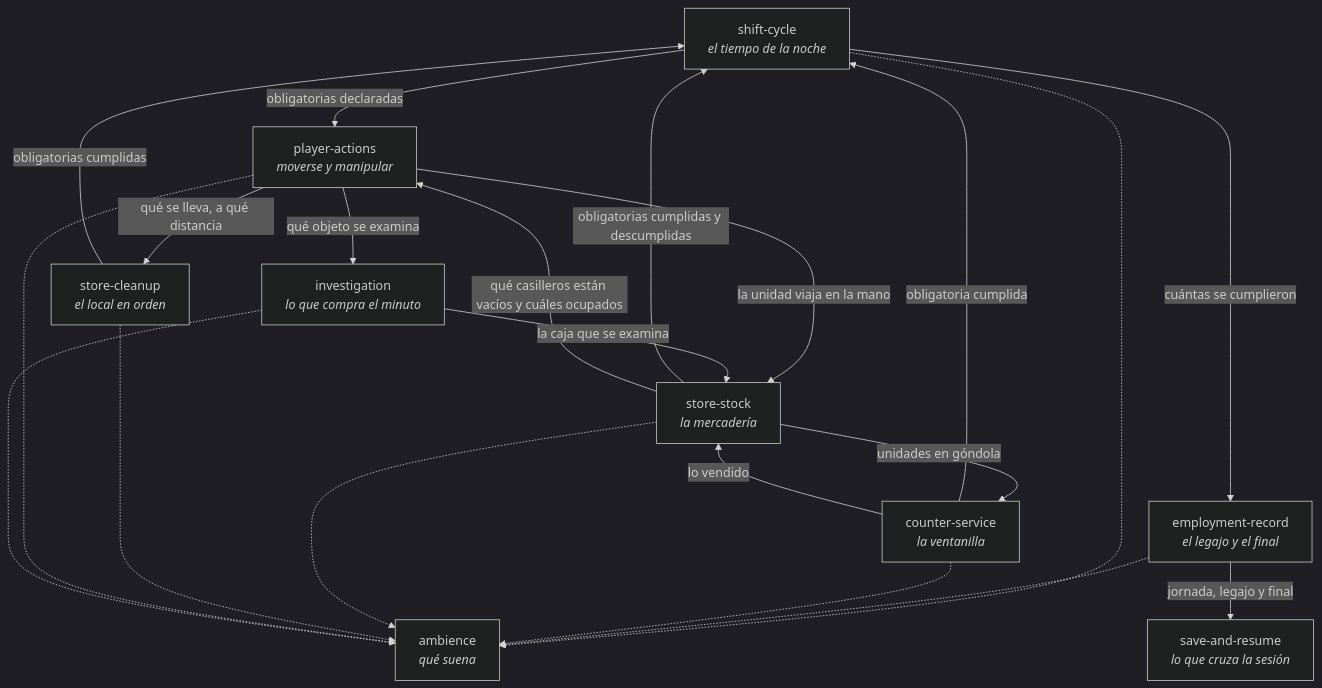
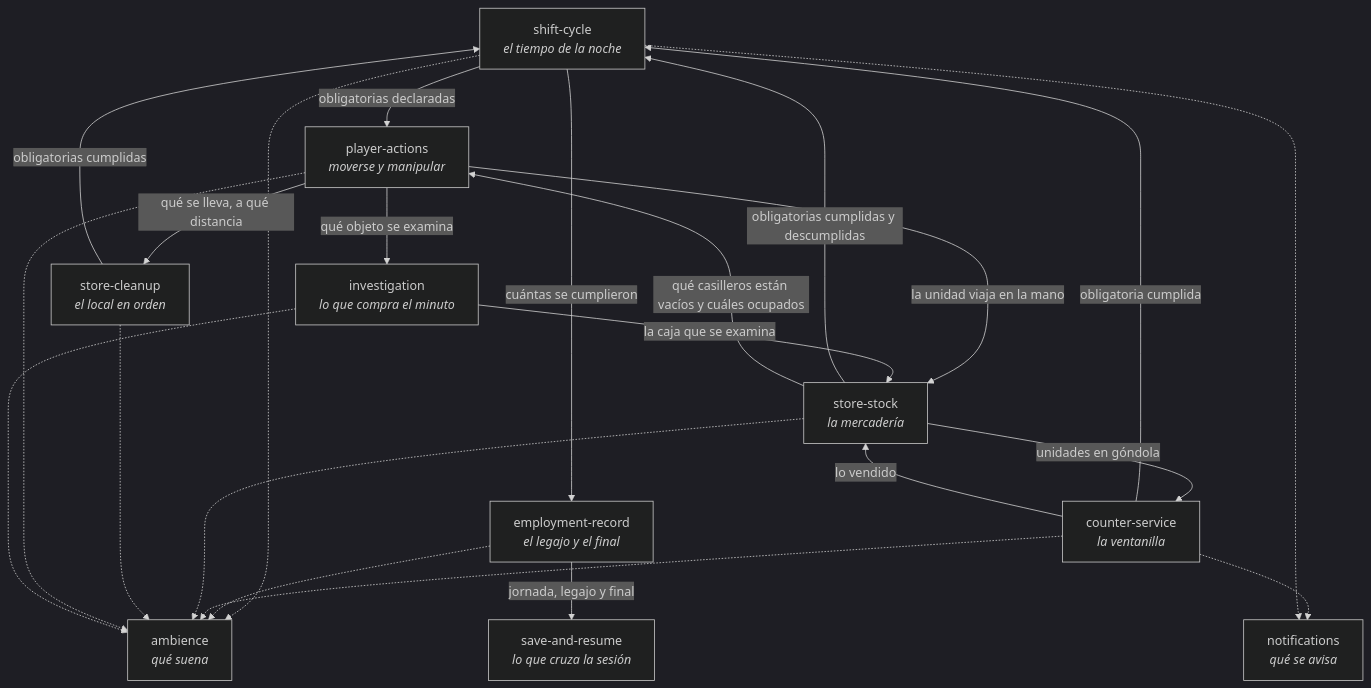
The diagram in docs/architecture/capacidades.md (federicohermo/nosefia), drawn with Mermaid (dark theme) before and after one commit. The commit also changed other lines of this file and 19 other files, not shown here.

````diff
--- a/docs/architecture/capacidades.md
+++ b/docs/architecture/capacidades.md
@@ -22,33 +22,36 @@
 ```mermaid
 flowchart TD
   SHF["shift-cycle<br/><i>el tiempo de la noche</i>"]
   EMP["employment-record<br/><i>el legajo y el final</i>"]
   SAV["save-and-resume<br/><i>lo que cruza la sesión</i>"]
   PLY["player-actions<br/><i>moverse y manipular</i>"]
   INV["investigation<br/><i>lo que compra el minuto</i>"]
   CTR["counter-service<br/><i>la ventanilla</i>"]
   STK["store-stock<br/><i>la mercadería</i>"]
   CLN["store-cleanup<br/><i>el local en orden</i>"]
   AMB["ambience<br/><i>qué suena</i>"]
+  NTF["notifications<br/><i>qué se avisa</i>"]
 
   CTR -- "obligatoria cumplida" --> SHF
   STK -- "obligatorias cumplidas y descumplidas" --> SHF
   CLN -- "obligatorias cumplidas" --> SHF
   SHF -- "obligatorias declaradas" --> PLY
   SHF -- "cuántas se cumplieron" --> EMP
   EMP -- "jornada, legajo y final" --> SAV
   STK -- "unidades en góndola" --> CTR
   CTR -- "lo vendido" --> STK
   PLY -- "qué se lleva, a qué distancia" --> CLN
   PLY -- "la unidad viaja en la mano" --> STK
   STK -- "qué casilleros están vacíos y cuáles ocupados" --> PLY
   PLY -- "qué objeto se examina" --> INV
   INV -- "la caja que se examina" --> STK
   SHF -.-> AMB
   EMP -.-> AMB
   CTR -.-> AMB
   STK -.-> AMB
   CLN -.-> AMB
   PLY -.-> AMB
   INV -.-> AMB
+  CTR -.-> NTF
+  SHF -.-> NTF
 ```
````
